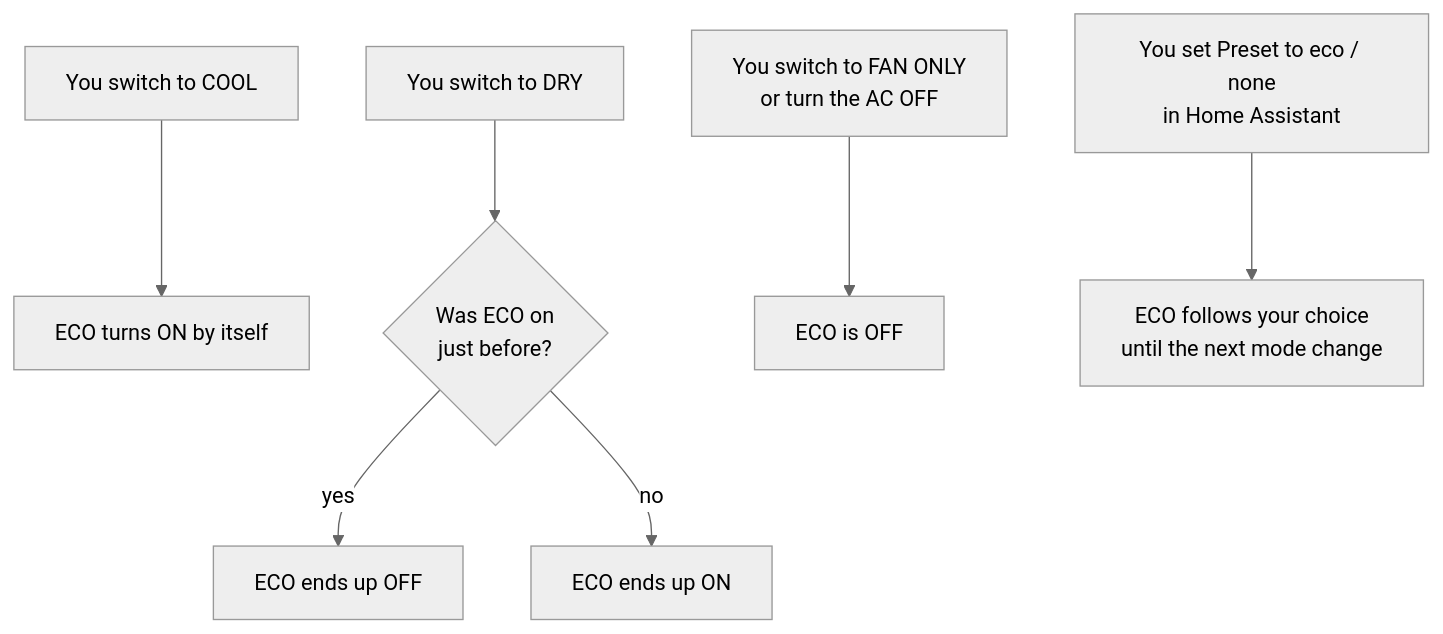
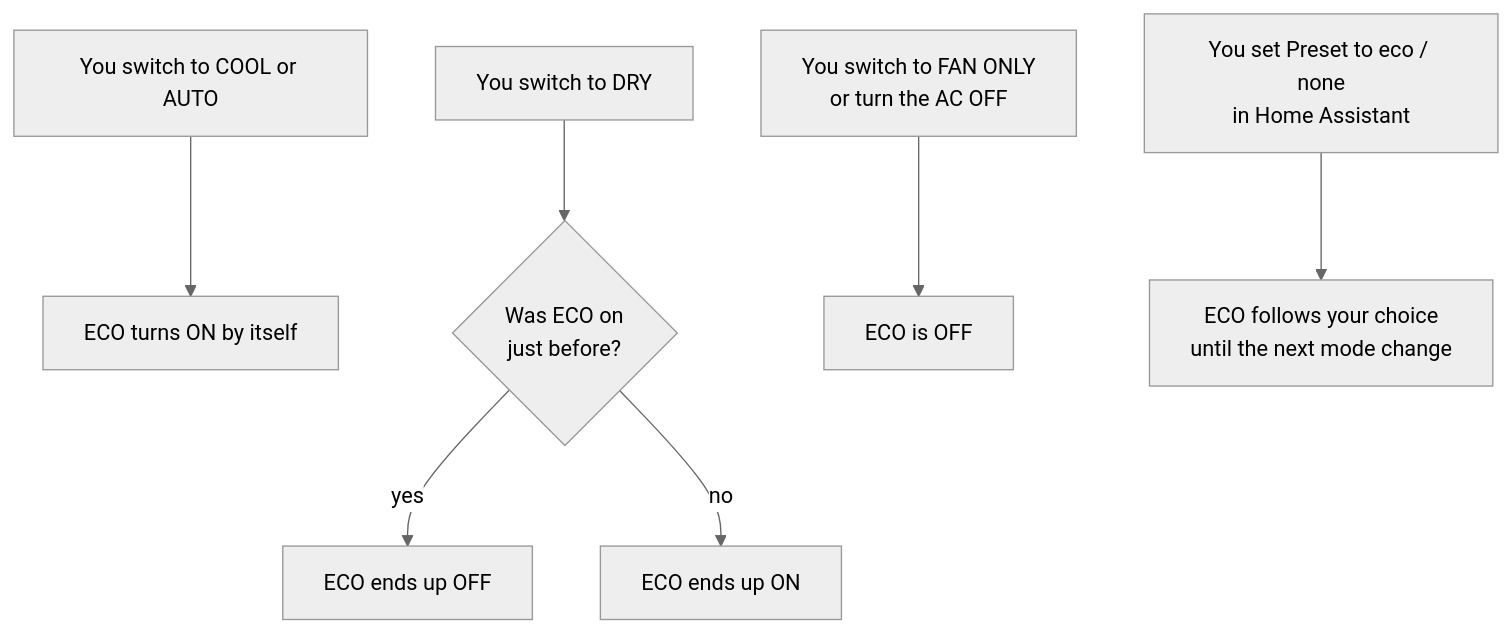
Before and after one commit to kaaassspeeerrr/midea-u-shaped-esphome: the first of 4 diagrams in docs/eco-explained.md, drawn with Mermaid (neutral theme). The commit also changed other lines of this file and 3 other files, not shown here.

Commit message:
Docs: auto mode (HEAT_COOL / Heat/Cool, why, dashboard tip, HA request #4997), boost findings

````diff
--- a/docs/eco-explained.md
+++ b/docs/eco-explained.md
@@ -20,9 +20,9 @@
 ```mermaid
 flowchart TD
-    C["You switch to COOL"] --> C1["ECO turns ON by itself"]
+    C["You switch to COOL or AUTO"] --> C1["ECO turns ON by itself"]
     D["You switch to DRY"] --> D1{"Was ECO on<br/>just before?"}
     D1 -- "yes" --> D2["ECO ends up OFF"]
     D1 -- "no" --> D3["ECO ends up ON"]
     F["You switch to FAN ONLY<br/>or turn the AC OFF"] --> F1["ECO is OFF"]
     P["You set Preset to eco / none<br/>in Home Assistant"] --> P1["ECO follows your choice<br/>until the next mode change"]
 ```
````
